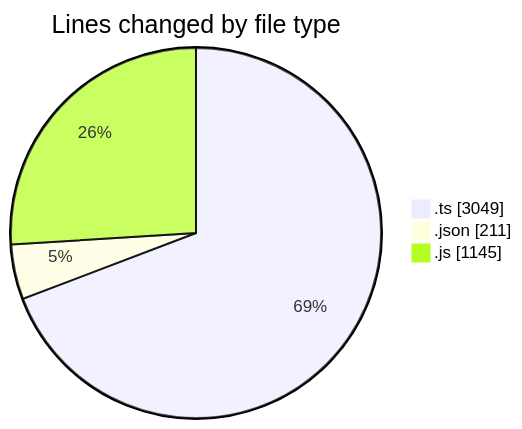
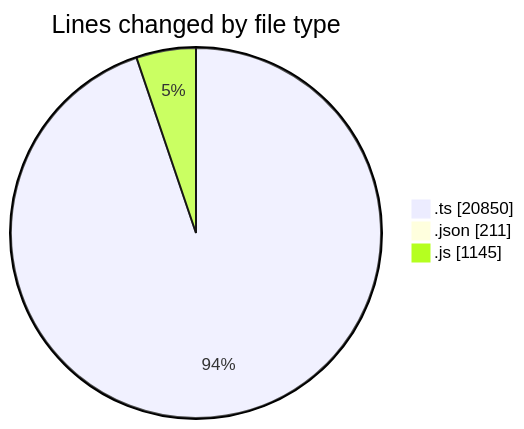
Before and after one commit to momahboobian/code-tracking: the first of 2 diagrams in 2026-11-04/cda/README.md, drawn with Mermaid. The commit also changed other lines of this file and 1 other file, not shown here.

````diff
--- a/2026-11-04/cda/README.md
+++ b/2026-11-04/cda/README.md
@@ -25,7 +26,7 @@
 ```mermaid
 pie showData
 title Lines changed by file type
-".ts" : 3049
+".ts" : 20850
 ".json" : 211
 ".js" : 1145
 ```
````
